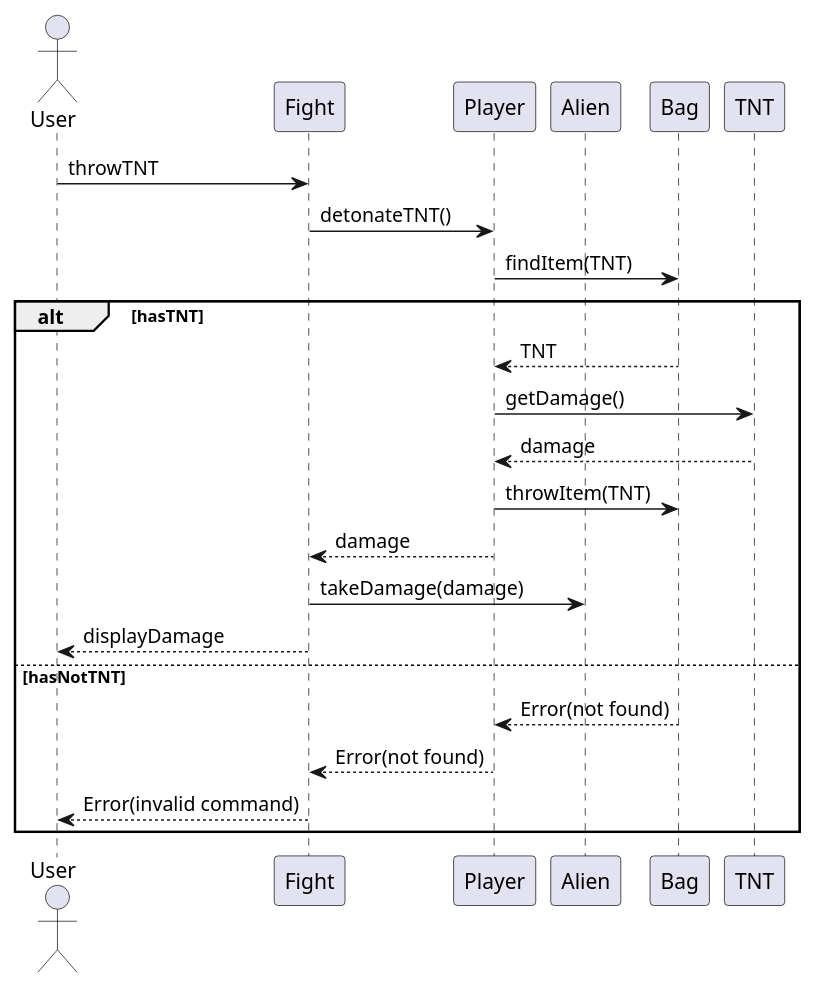
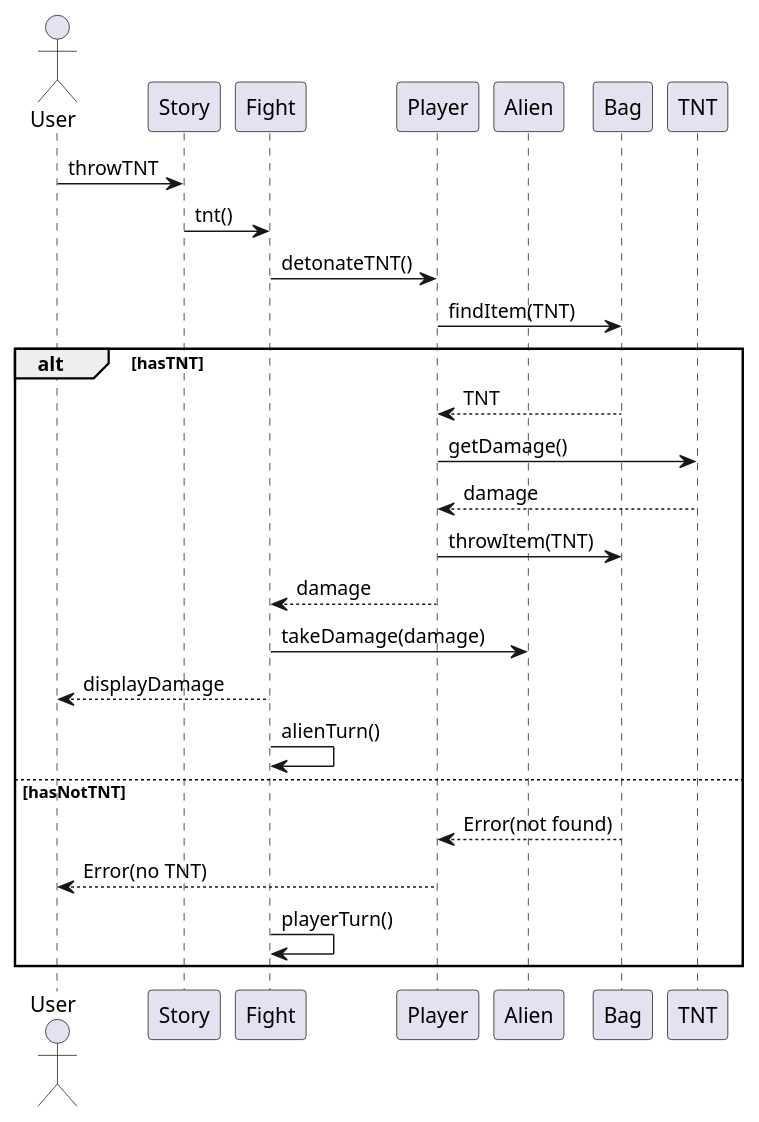
One commit to EDIDS/EDIDS_Proj changed the diagram in src/main/java/com/extraction/uml/uml diagrams/Internal Sequence Diagrams/ThrowTNT.puml. Above: the diagram before and after it, drawn with PlantUML. The commit also changed 12 other files, not shown here.

Commit message:
Almost finished diagrams.

```diff
--- a/src/main/java/com/extraction/uml/uml diagrams/Internal Sequence Diagrams/ThrowTNT.puml
+++ b/src/main/java/com/extraction/uml/uml diagrams/Internal Sequence Diagrams/ThrowTNT.puml
@@ -1,27 +1,30 @@
 @startuml
 
 actor User
+participant Story
 participant Fight
 participant Player
 participant Alien
 participant Bag
 participant TNT
 
-User -> Fight : throwTNT
+User -> Story : throwTNT
+Story -> Fight : tnt()
 Fight -> Player : detonateTNT()
 Player -> Bag : findItem(TNT)
 alt hasTNT
     return TNT
     Player -> TNT : getDamage()
     return damage
     Player -> Bag : throwItem(TNT)
     Player --> Fight : damage
     Fight -> Alien : takeDamage(damage)
     Fight --> User : displayDamage
+    Fight -> Fight : alienTurn()
 else hasNotTNT
     Bag --> Player : Error(not found)
-    Player --> Fight : Error(not found)
-    Fight --> User : Error(invalid command)
+    Player --> User : Error(no TNT)
+    Fight -> Fight : playerTurn()
 end
 
 @enduml
```
